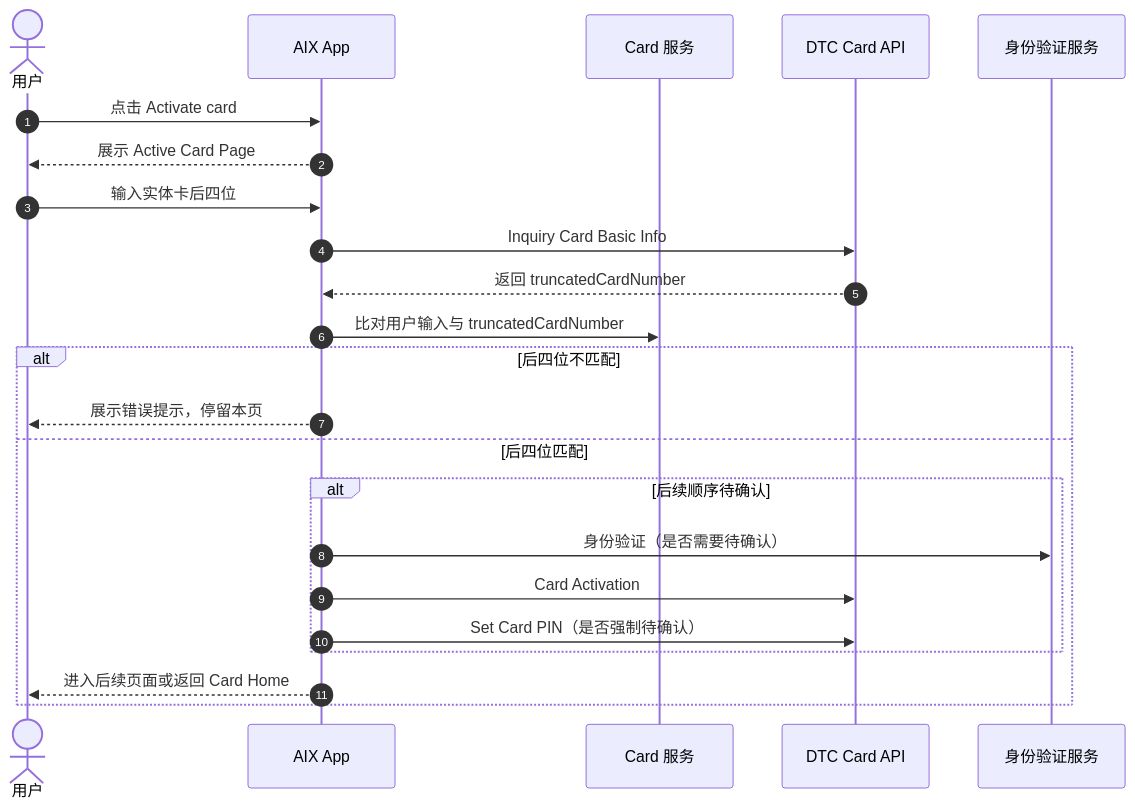
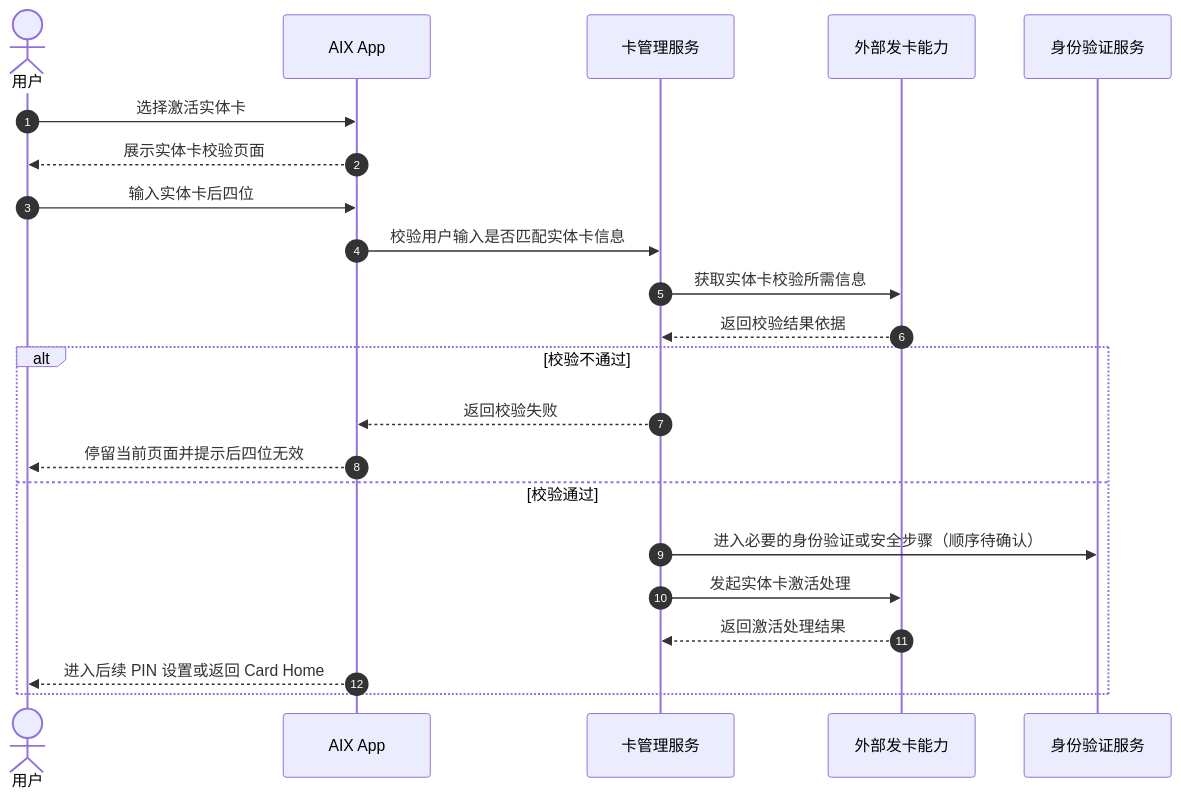
Before and after one commit to kelvin381539960-cyber/prd-for-ai: the first of 2 diagrams in knowledge-base/card/manage/activation.md, drawn with Mermaid.

Commit message:
Make activation sequence diagram business-oriented

````diff
--- a/knowledge-base/card/manage/activation.md
+++ b/knowledge-base/card/manage/activation.md
@@ -63,26 +63,25 @@
 ```mermaid
 sequenceDiagram
     autonumber
     actor 用户
     participant App as AIX App
-    participant Card as Card 服务
-    participant DTC as DTC Card API
+    participant Card as 卡管理服务
+    participant External as 外部发卡能力
     participant Security as 身份验证服务
 
-    用户->>App: 点击 Activate card
-    App-->>用户: 展示 Active Card Page
+    用户->>App: 选择激活实体卡
+    App-->>用户: 展示实体卡校验页面
     用户->>App: 输入实体卡后四位
-    App->>DTC: Inquiry Card Basic Info
-    DTC-->>App: 返回 truncatedCardNumber
-    App->>Card: 比对用户输入与 truncatedCardNumber
-    alt 后四位不匹配
-        App-->>用户: 展示错误提示，停留本页
-    else 后四位匹配
-        alt 后续顺序待确认
-            App->>Security: 身份验证（是否需要待确认）
-            App->>DTC: Card Activation
-            App->>DTC: Set Card PIN（是否强制待确认）
-        end
-        App-->>用户: 进入后续页面或返回 Card Home
+    App->>Card: 校验用户输入是否匹配实体卡信息
+    Card->>External: 获取实体卡校验所需信息
+    External-->>Card: 返回校验结果依据
+    alt 校验不通过
+        Card-->>App: 返回校验失败
+        App-->>用户: 停留当前页面并提示后四位无效
+    else 校验通过
+        Card->>Security: 进入必要的身份验证或安全步骤（顺序待确认）
+        Card->>External: 发起实体卡激活处理
+        External-->>Card: 返回激活处理结果
+        App-->>用户: 进入后续 PIN 设置或返回 Card Home
     end
 ```
````
